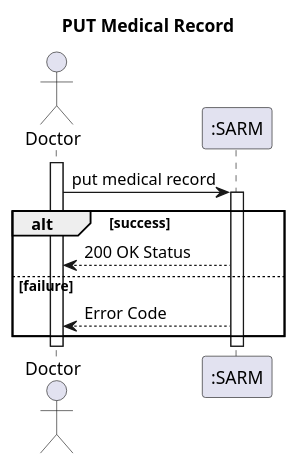
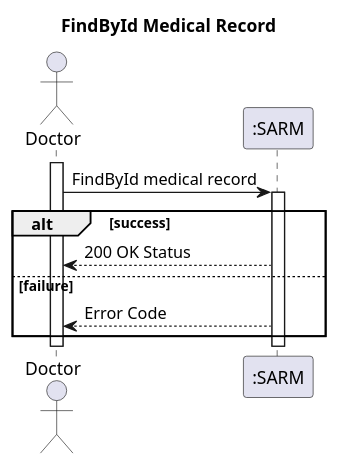
Before and after one commit to Departamento-de-Engenharia-Informatica/sem5pi-24-25-3NA_G74: the diagram in docs/sprint3/7.2.6(FindById)/Vista de Processos/1_sd.puml, drawn with PlantUML. The commit also changed 1 other file, not shown here.

```diff
--- a/docs/sprint3/7.2.6(FindById)/Vista de Processos/1_sd.puml
+++ b/docs/sprint3/7.2.6(FindById)/Vista de Processos/1_sd.puml
@@ -1,28 +1,28 @@
 @startuml
 
-title "PUT Medical Record"
+title "FindById Medical Record"
 
 actor Doctor as doc
 
 participant ":SARM"  as sys
 
 activate doc
 
-doc -> sys : put medical record
+doc -> sys : FindById medical record
 
 activate sys
 
 alt success
 
 sys --> doc : 200 OK Status
 
 else failure
 
 sys --> doc : Error Code
 
 end
 
 
 
 
 @enduml
```
